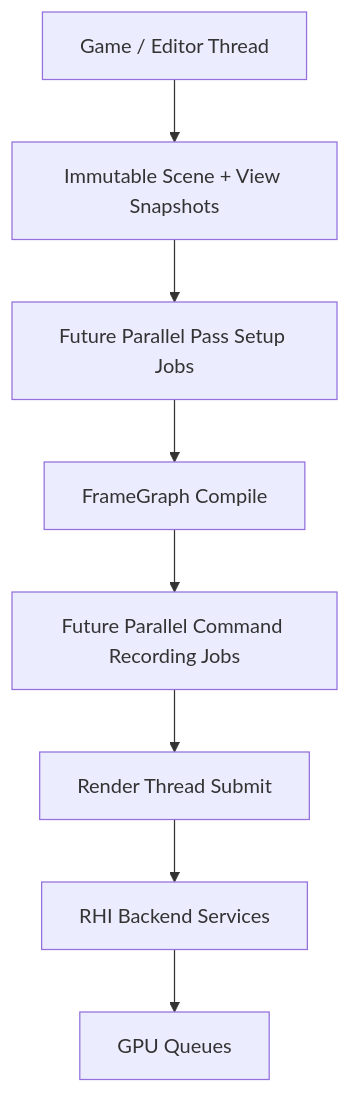
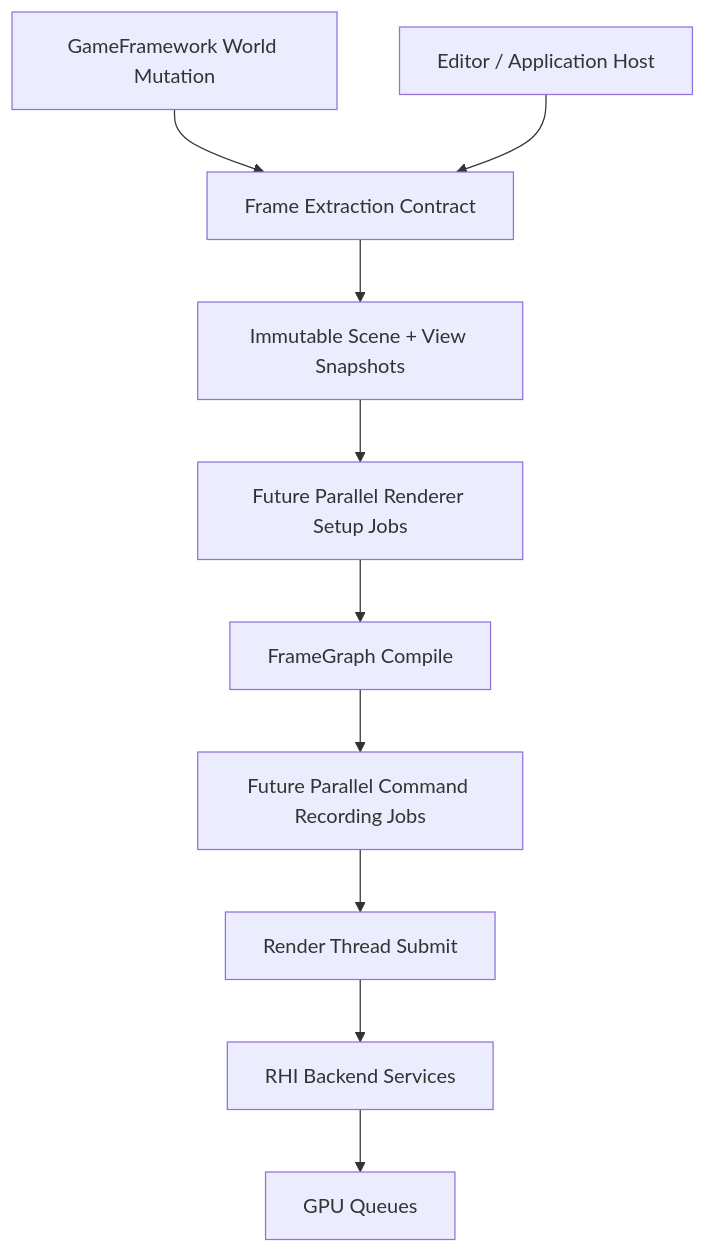
Before and after one commit to stoleckipawel/SparkleEngine: the fifth of 8 diagrams in docs/architecture/rhi-growth-architecture-review.md, drawn with Mermaid. The commit also changed other lines of this file, not shown here.

````diff
--- a/docs/architecture/rhi-growth-architecture-review.md
+++ b/docs/architecture/rhi-growth-architecture-review.md
@@ -328,10 +345,12 @@
 ```mermaid
 flowchart TD
-    GameThread[Game / Editor Thread] --> Snapshot[Immutable Scene + View Snapshots]
-    Snapshot --> SetupJobs[Future Parallel Pass Setup Jobs]
+    GameFramework[GameFramework World Mutation] --> Extract[Frame Extraction Contract]
+    EditorHost[Editor / Application Host] --> Extract
+    Extract --> Snapshot[Immutable Scene + View Snapshots]
+    Snapshot --> SetupJobs[Future Parallel Renderer Setup Jobs]
     SetupJobs --> FGCompile[FrameGraph Compile]
     FGCompile --> CommandJobs[Future Parallel Command Recording Jobs]
     CommandJobs --> Submit[Render Thread Submit]
     Submit --> RHI[RHI Backend Services]
     RHI --> GPU[GPU Queues]
 ```
````
